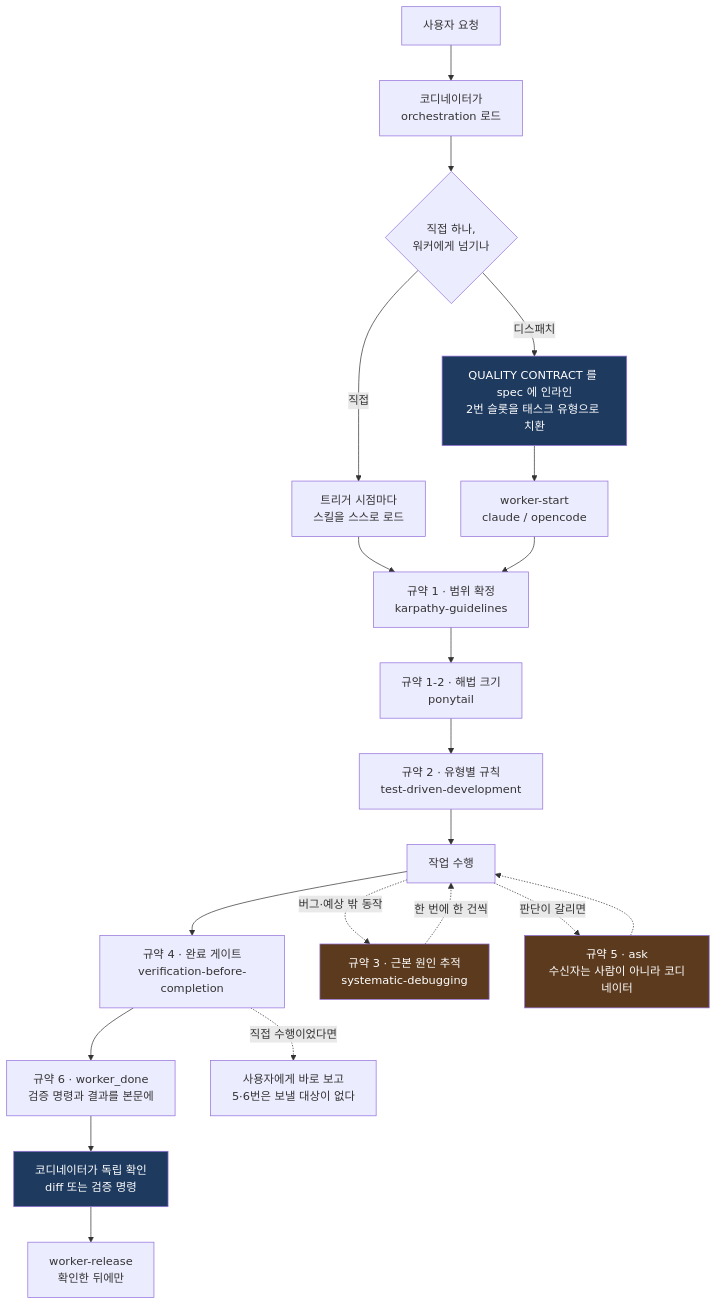
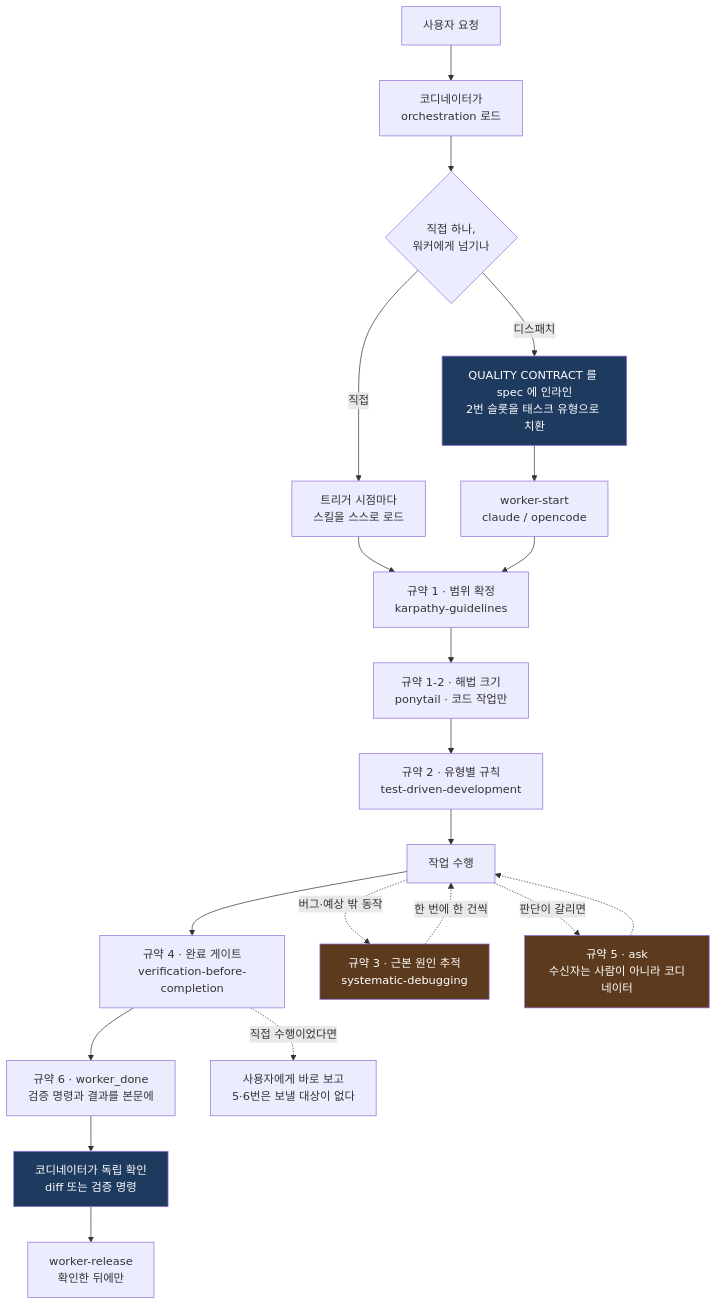
The first of 2 diagrams in README.md (treeman99/skills), drawn with Mermaid before and after one commit. The commit also changed other lines of this file and 1 other file, not shown here.

First line of the commit message:
Fix three documentation slips from the ponytail merge

````diff
--- a/README.md
+++ b/README.md
@@ -215,32 +215,32 @@
 ```mermaid
 flowchart TD
     REQ["사용자 요청"] --> ORC["코디네이터가<br/>orchestration 로드"]
     ORC --> MODE{"직접 하나,<br/>워커에게 넘기나"}
 
     MODE -->|"직접"| SELF["트리거 시점마다<br/>스킬을 스스로 로드"]
     MODE -->|"디스패치"| SPEC["QUALITY CONTRACT 를 spec 에 인라인<br/>2번 슬롯을 태스크 유형으로 치환"]
     SPEC --> WK["worker-start<br/>claude / opencode"]
 
     SELF --> K["규약 1 · 범위 확정<br/>karpathy-guidelines"]
     WK --> K
 
-    K --> L["규약 1-2 · 해법 크기<br/>ponytail"]
+    K --> L["규약 1-2 · 해법 크기<br/>ponytail · 코드 작업만"]
     L --> T["규약 2 · 유형별 규칙<br/>test-driven-development"]
     T --> IMPL["작업 수행"]
     IMPL --> V["규약 4 · 완료 게이트<br/>verification-before-completion"]
 
     V --> DONE["규약 6 · worker_done<br/>검증 명령과 결과를 본문에"]
     DONE --> CONF["코디네이터가 독립 확인<br/>diff 또는 검증 명령"]
     CONF --> REL["worker-release<br/>확인한 뒤에만"]
     V -.->|"직접 수행이었다면"| SREP["사용자에게 바로 보고<br/>5·6번은 보낼 대상이 없다"]
 
     IMPL -.->|"버그·예상 밖 동작"| S["규약 3 · 근본 원인 추적<br/>systematic-debugging"]
     S -.->|"한 번에 한 건씩"| IMPL
     IMPL -.->|"판단이 갈리면"| ASK["규약 5 · ask<br/>수신자는 사람이 아니라 코디네이터"]
     ASK -.-> IMPL
 
     style SPEC fill:#1e3a5f,color:#fff
     style CONF fill:#1e3a5f,color:#fff
     style S fill:#5b3a1e,color:#fff
     style ASK fill:#5b3a1e,color:#fff
 ```
````
